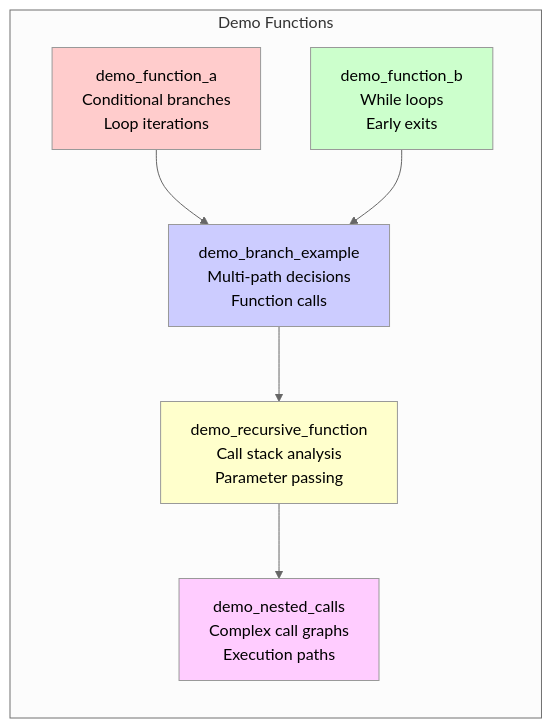
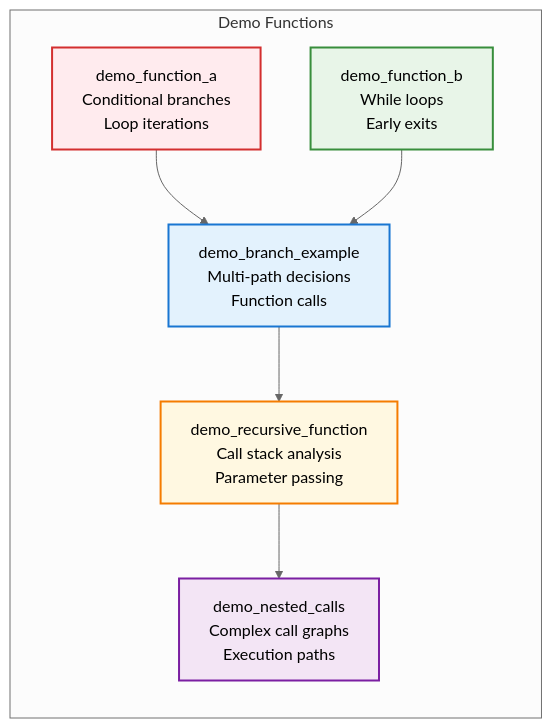
One commit to Tabrez-dev/pico2-etm changed the third of 3 diagrams in README.md. Above: the diagram before and after it, drawn with Mermaid (neutral theme). The commit also changed other lines of this file, not shown here.

````diff
--- a/README.md
+++ b/README.md
@@ -113,21 +114,22 @@
 ```mermaid
 graph LR
     subgraph "Demo Functions"
         A[demo_function_a<br/>Conditional branches<br/>Loop iterations]
         B[demo_function_b<br/>While loops<br/>Early exits]
         C[demo_branch_example<br/>Multi-path decisions<br/>Function calls]
         D[demo_recursive_function<br/>Call stack analysis<br/>Parameter passing]
         E[demo_nested_calls<br/>Complex call graphs<br/>Execution paths]
     end
     
     A --> C
     B --> C
     C --> D
     D --> E
     
-    style A fill:#ffcccc
-    style B fill:#ccffcc
-    style C fill:#ccccff
-    style D fill:#ffffcc
-    style E fill:#ffccff
+    %% GitHub-compatible styling with good contrast
+    style A fill:#ffebee,stroke:#d32f2f,stroke-width:2px,color:#000
+    style B fill:#e8f5e8,stroke:#388e3c,stroke-width:2px,color:#000
+    style C fill:#e3f2fd,stroke:#1976d2,stroke-width:2px,color:#000
+    style D fill:#fff8e1,stroke:#f57c00,stroke-width:2px,color:#000
+    style E fill:#f3e5f5,stroke:#7b1fa2,stroke-width:2px,color:#000
 ```
````
